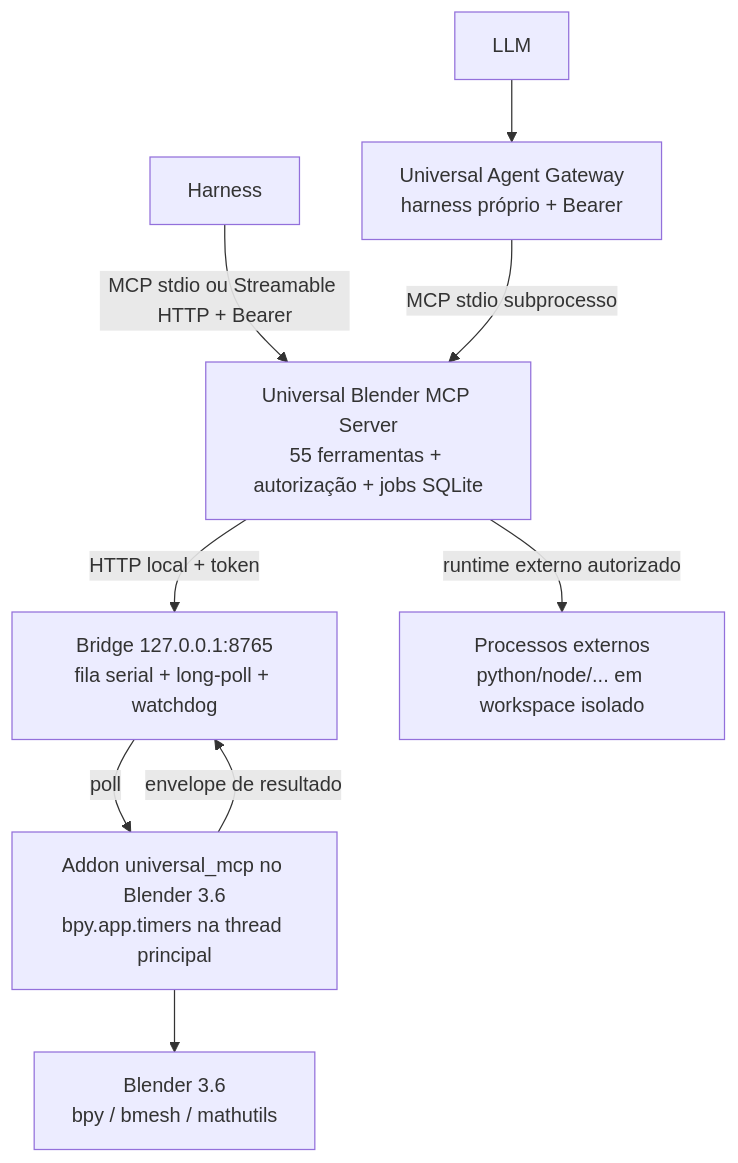
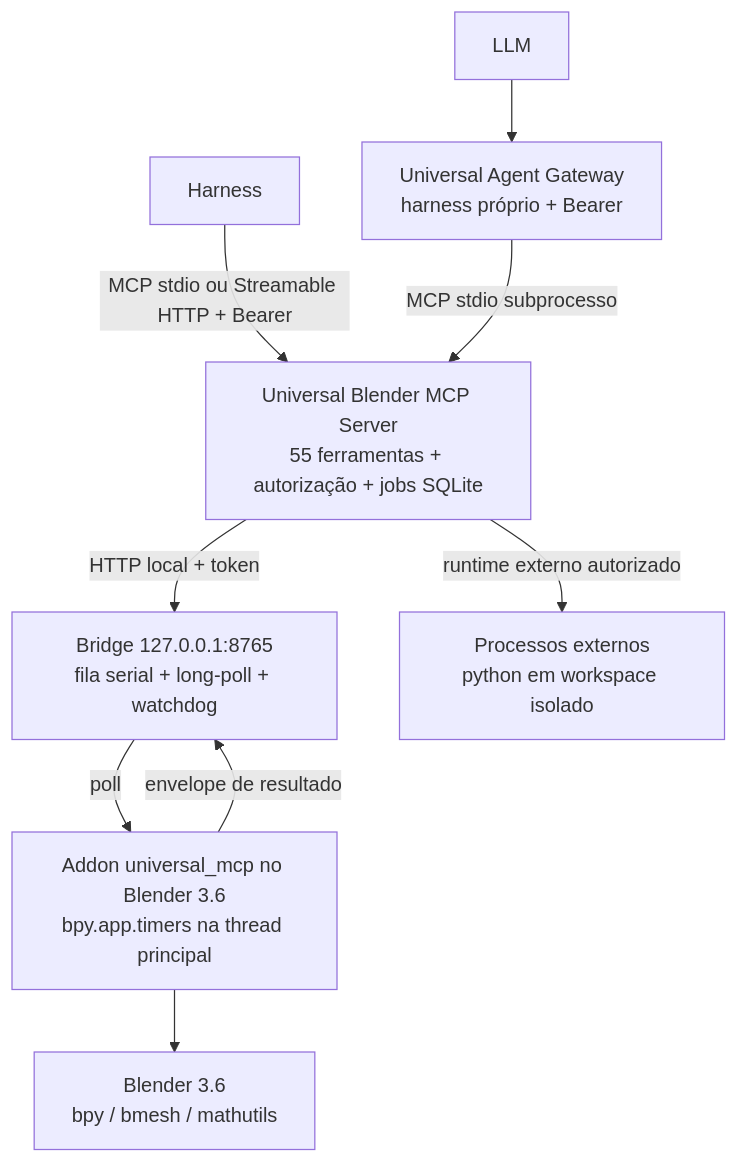
One commit to vit-gusmao/Blender-AI-Automation changed the diagram in README.md. Above: the diagram before and after it, drawn with Mermaid.

````diff
--- a/README.md
+++ b/README.md
@@ -51,11 +51,11 @@
 ```mermaid
 flowchart TD
     H[Harness] -->|MCP stdio ou Streamable HTTP + Bearer| S
     G[Universal Agent Gateway<br/>harness próprio + Bearer] -->|MCP stdio subprocesso| S
     P[LLM ] --> G
     S[Universal Blender MCP Server<br/>55 ferramentas + autorização + jobs SQLite] -->|HTTP local + token| B
     B[Bridge 127.0.0.1:8765<br/>fila serial + long-poll + watchdog] -->|poll| A
     A[Addon universal_mcp no Blender 3.6<br/>bpy.app.timers na thread principal] -->|envelope de resultado| B
     A --> E[Blender 3.6<br/>bpy / bmesh / mathutils]
-    S -->|runtime externo autorizado| X[Processos externos<br/>python/node/... em workspace isolado]
+    S -->|runtime externo autorizado| X[Processos externos<br/>python em workspace isolado]
 ```
````
